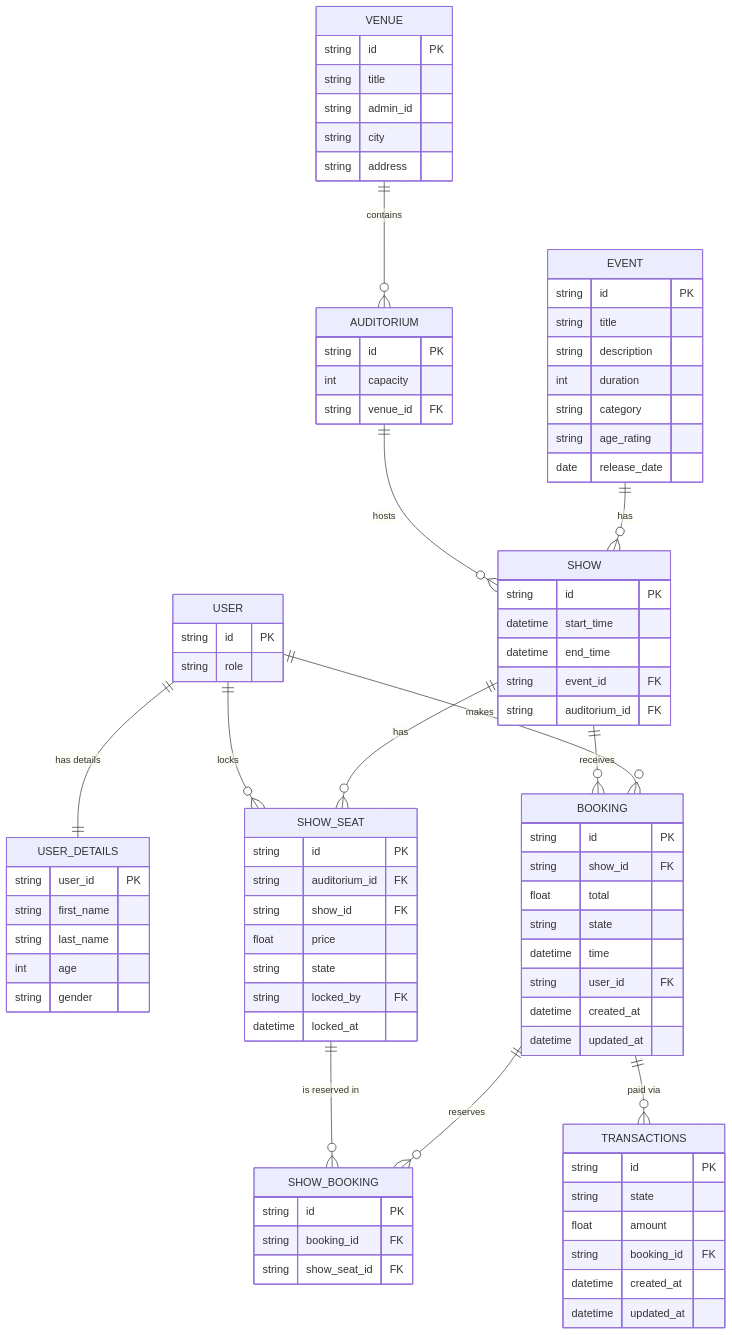
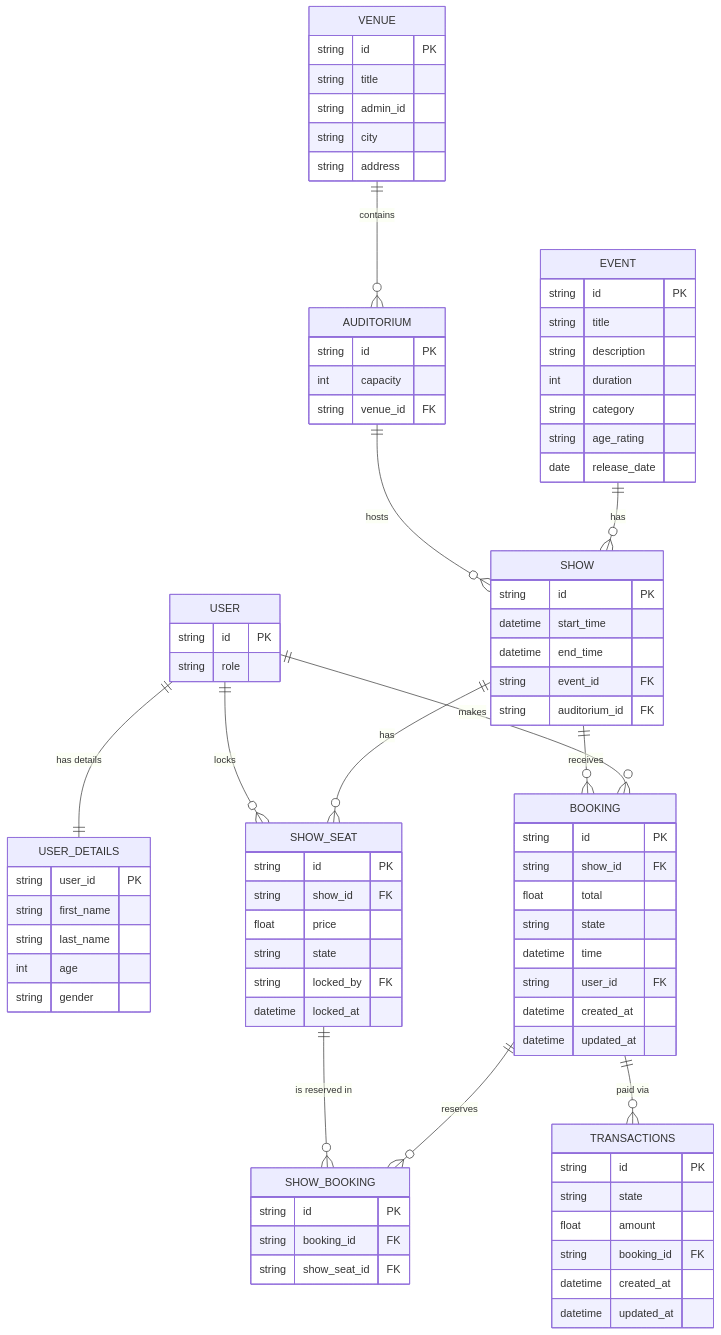
One commit to jaydeepsahu1609/BookMySeat changed the diagram in docs/lld/ERD.md. Above: the diagram before and after it, drawn with Mermaid. The commit also changed 6 other files, not shown here.

```diff
--- a/docs/lld/ERD.md
+++ b/docs/lld/ERD.md
@@ -51,7 +51,6 @@
 
     SHOW_SEAT {
         string id PK
-        string auditorium_id FK
         string show_id FK
         float price
         string state
```
